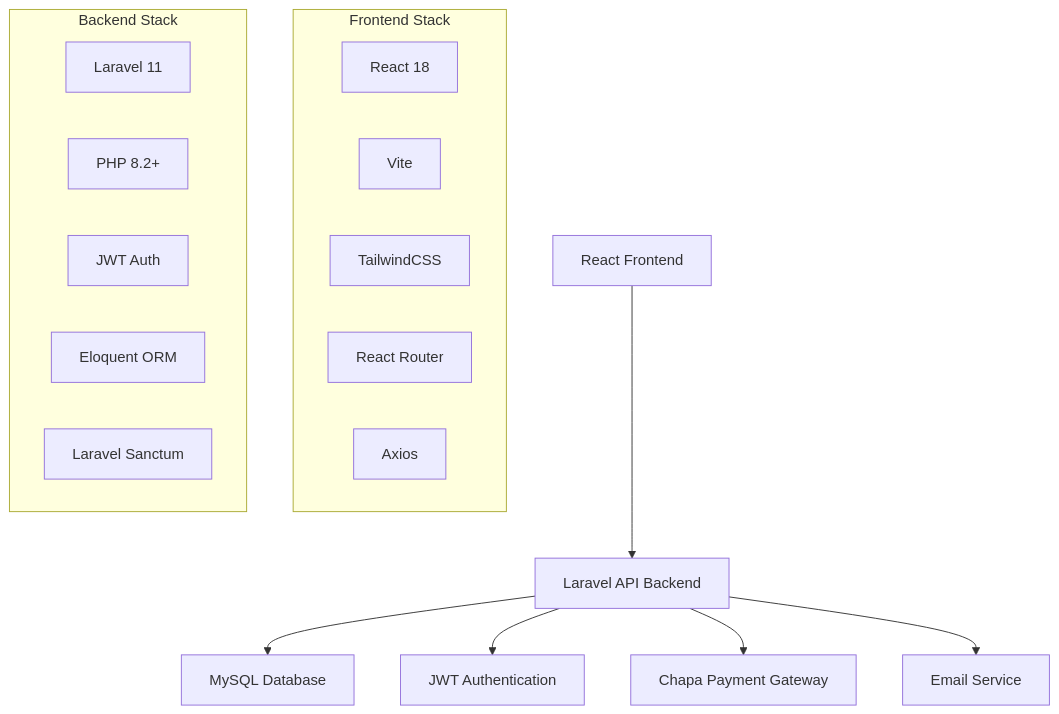
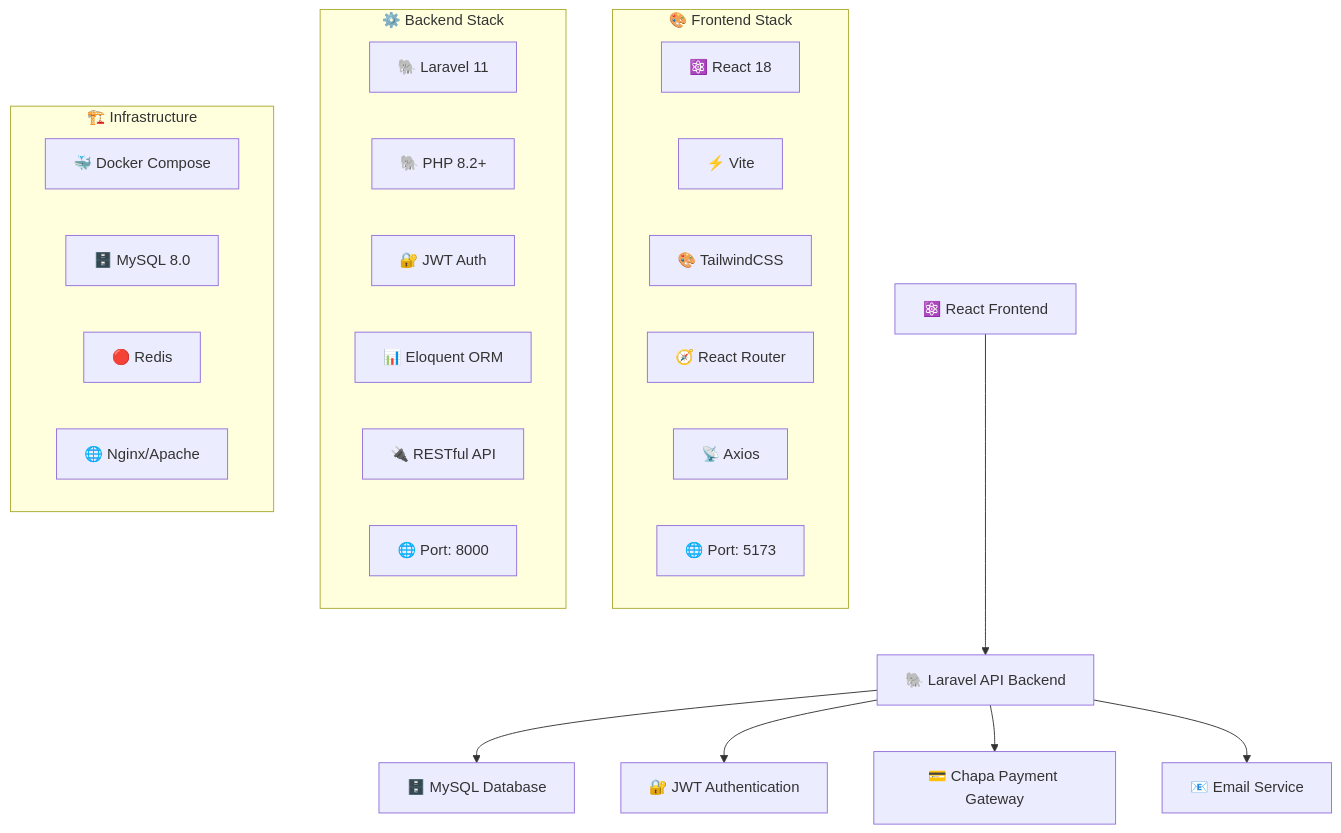
Before and after one commit to Kidusdybala/Parking-System: the diagram in README.md, drawn with Mermaid. The commit also changed other lines of this file, not shown here.

````diff
--- a/README.md
+++ b/README.md
@@ -54,24 +92,33 @@
 ```mermaid
 graph TB
-    A[React Frontend] --> B[Laravel API Backend]
-    B --> C[MySQL Database]
-    B --> D[JWT Authentication]
-    B --> E[Chapa Payment Gateway]
-    B --> F[Email Service]
+    A[⚛️ React Frontend] --> B[🐘 Laravel API Backend]
+    B --> C[🗄️ MySQL Database]
+    B --> D[🔐 JWT Authentication]
+    B --> E[💳 Chapa Payment Gateway]
+    B --> F[📧 Email Service]
 
-    subgraph "Frontend Stack"
-        A1[React 18]
-        A2[Vite]
-        A3[TailwindCSS]
-        A4[React Router]
-        A5[Axios]
+    subgraph "🎨 Frontend Stack"
+        A1[⚛️ React 18]
+        A2[⚡ Vite]
+        A3[🎨 TailwindCSS]
+        A4[🧭 React Router]
+        A5[📡 Axios]
+        A6[🌐 Port: 5173]
     end
 
-    subgraph "Backend Stack"
-        B1[Laravel 11]
-        B2[PHP 8.2+]
-        B3[JWT Auth]
-        B4[Eloquent ORM]
-        B5[Laravel Sanctum]
+    subgraph "⚙️ Backend Stack"
+        B1[🐘 Laravel 11]
+        B2[🐘 PHP 8.2+]
+        B3[🔐 JWT Auth]
+        B4[📊 Eloquent ORM]
+        B5[🔌 RESTful API]
+        B6[🌐 Port: 8000]
+    end
+
+    subgraph "🏗️ Infrastructure"
+        C1[🐳 Docker Compose]
+        C2[🗄️ MySQL 8.0]
+        C3[🔴 Redis]
+        C4[🌐 Nginx/Apache]
     end
 ```
````
